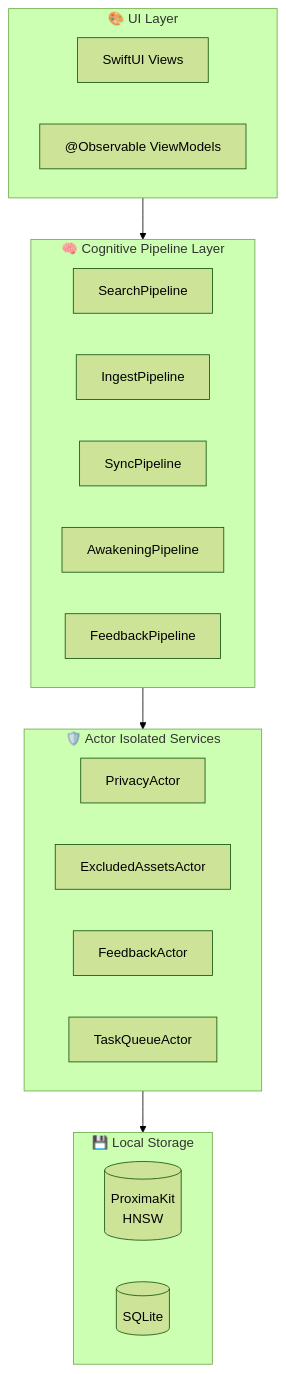
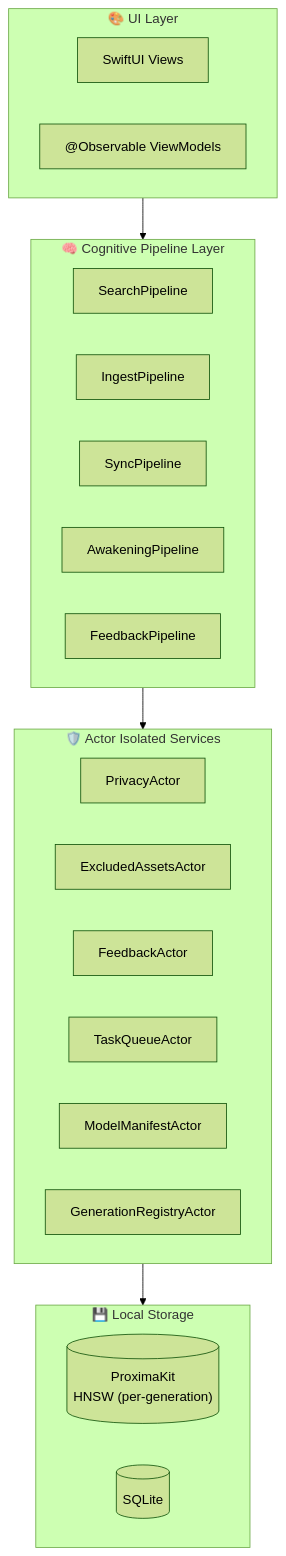
The diagram in README.md (logan-suu/Echo), drawn with Mermaid (forest theme) before and after one commit. The commit also changed other lines of this file and 6 other files, not shown here.

First line of the commit message:
docs: sync architecture docs for Phase R-A generation model

````diff
--- a/README.md
+++ b/README.md
@@ -41,31 +41,33 @@
 ```mermaid
 flowchart TB
     subgraph UI["🎨 UI Layer"]
         Views["SwiftUI Views"]
         VMs["@Observable ViewModels"]
     end
 
     subgraph Pipeline["🧠 Cognitive Pipeline Layer"]
         Search["SearchPipeline"]
         Ingest["IngestPipeline"]
         Sync["SyncPipeline"]
         Awakening["AwakeningPipeline"]
         Feedback["FeedbackPipeline"]
     end
 
     subgraph Actors["🛡️ Actor Isolated Services"]
         PA["PrivacyActor"]
         EA["ExcludedAssetsActor"]
         FA["FeedbackActor"]
         TQ["TaskQueueActor"]
+        MA["ModelManifestActor"]
+        GR["GenerationRegistryActor"]
     end
 
     subgraph Storage["💾 Local Storage"]
-        VectorStoreActor[("ProximaKit\nHNSW")]
+        VectorStoreActor[("ProximaKit\nHNSW (per-generation)")]
         SQLite[("SQLite")]
     end
 
     UI --> Pipeline
     Pipeline --> Actors
     Actors --> Storage
 ```
````
